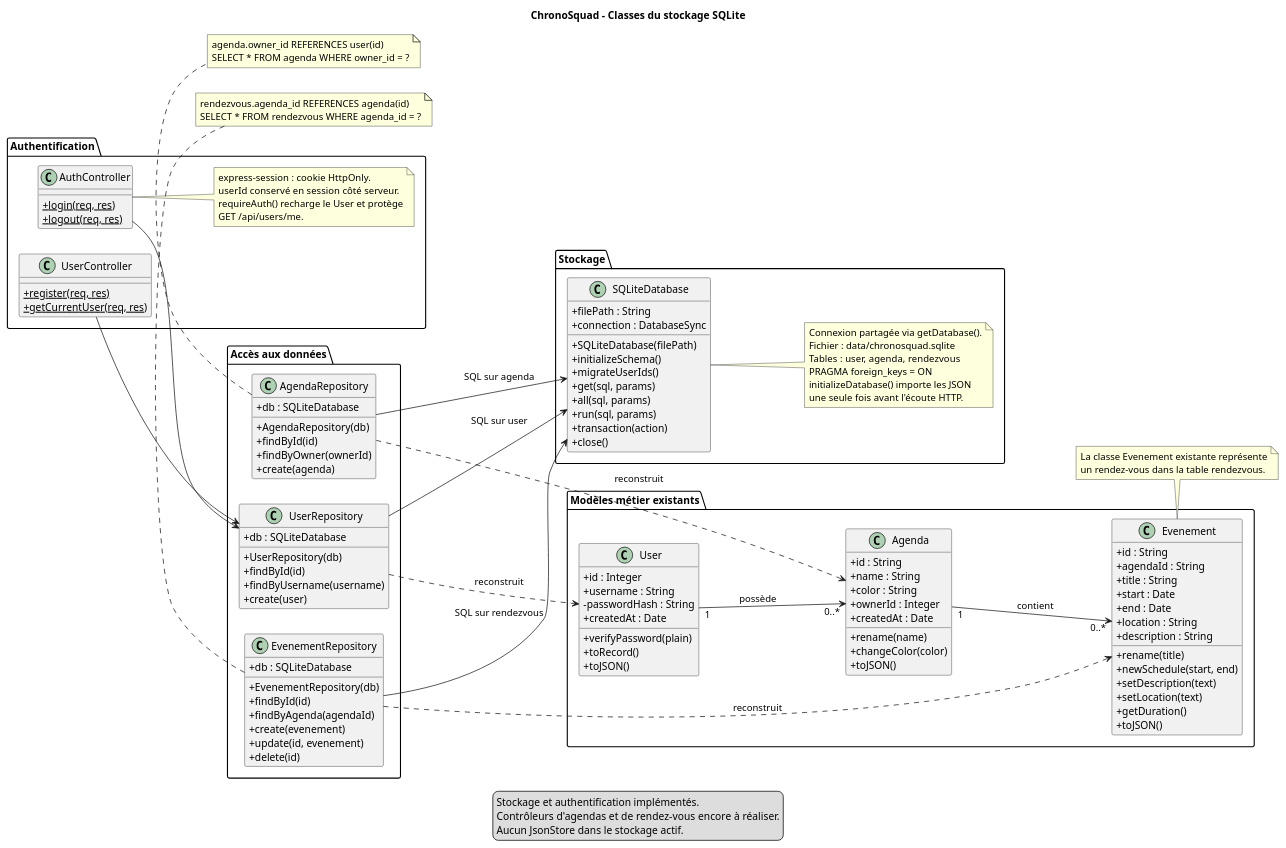
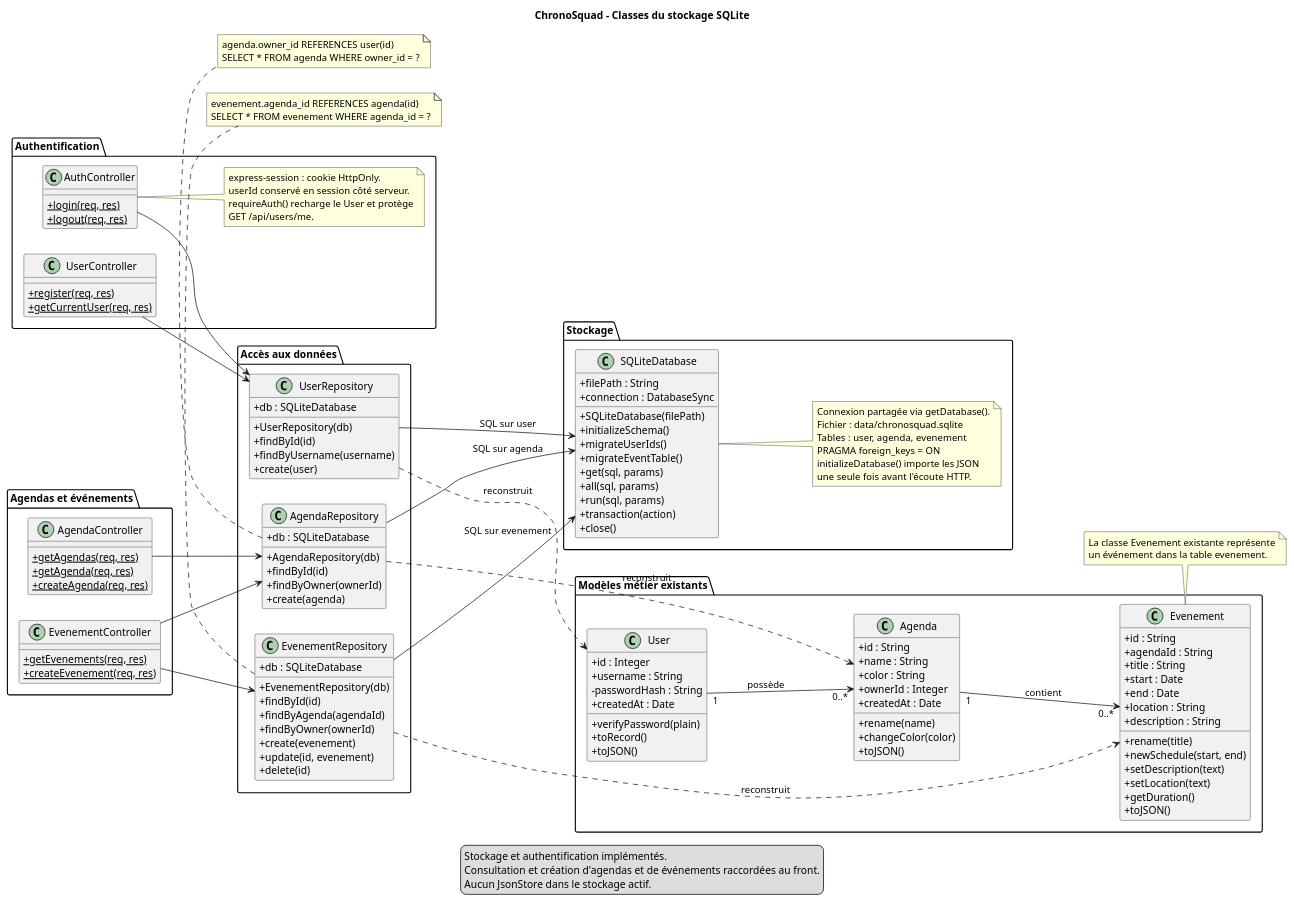
The diagram in docs/sprint0/classes-sqlite.puml (mbianytabs/ACL2026-ChronoSquad), drawn with PlantUML before and after one commit. The commit also changed 22 other files, not shown here.

Commit message:
raccordage du front à sqlite + debug création d'agenda

```diff
--- a/docs/sprint0/classes-sqlite.puml
+++ b/docs/sprint0/classes-sqlite.puml
@@ -1,136 +1,152 @@
 @startuml
 title ChronoSquad - Classes du stockage SQLite
 left to right direction
 skinparam classAttributeIconSize 0
 
 package "Modèles métier existants" {
     class User {
         +id : Integer
         +username : String
         -passwordHash : String
         +createdAt : Date
         +verifyPassword(plain)
         +toRecord()
         +toJSON()
     }
     class Agenda {
         +id : String
         +name : String
         +color : String
         +ownerId : Integer
         +createdAt : Date
         +rename(name)
         +changeColor(color)
         +toJSON()
     }
     class Evenement {
         +id : String
         +agendaId : String
         +title : String
         +start : Date
         +end : Date
         +location : String
         +description : String
         +rename(title)
         +newSchedule(start, end)
         +setDescription(text)
         +setLocation(text)
         +getDuration()
         +toJSON()
     }
 }
 
 package "Accès aux données" {
     class UserRepository {
         +db : SQLiteDatabase
         +UserRepository(db)
         +findById(id)
         +findByUsername(username)
         +create(user)
     }
     class AgendaRepository {
         +db : SQLiteDatabase
         +AgendaRepository(db)
         +findById(id)
         +findByOwner(ownerId)
         +create(agenda)
     }
     class EvenementRepository {
         +db : SQLiteDatabase
         +EvenementRepository(db)
         +findById(id)
         +findByAgenda(agendaId)
+        +findByOwner(ownerId)
         +create(evenement)
         +update(id, evenement)
         +delete(id)
     }
 }
 
 package "Stockage" {
     class SQLiteDatabase {
         +filePath : String
         +connection : DatabaseSync
         +SQLiteDatabase(filePath)
         +initializeSchema()
         +migrateUserIds()
+        +migrateEventTable()
         +get(sql, params)
         +all(sql, params)
         +run(sql, params)
         +transaction(action)
         +close()
     }
     note right of SQLiteDatabase
         Connexion partagée via getDatabase().
         Fichier : data/chronosquad.sqlite
-        Tables : user, agenda, rendezvous
+        Tables : user, agenda, evenement
         PRAGMA foreign_keys = ON
         initializeDatabase() importe les JSON
         une seule fois avant l'écoute HTTP.
     end note
 }
 
 package "Authentification" {
     class UserController {
         {static} +register(req, res)
         {static} +getCurrentUser(req, res)
     }
     class AuthController {
         {static} +login(req, res)
         {static} +logout(req, res)
     }
     note right of AuthController
         express-session : cookie HttpOnly.
         userId conservé en session côté serveur.
         requireAuth() recharge le User et protège
         GET /api/users/me.
     end note
 }
 UserController --> UserRepository
 AuthController --> UserRepository
+package "Agendas et événements" {
+    class AgendaController {
+        {static} +getAgendas(req, res)
+        {static} +getAgenda(req, res)
+        {static} +createAgenda(req, res)
+    }
+    class EvenementController {
+        {static} +getEvenements(req, res)
+        {static} +createEvenement(req, res)
+    }
+}
+AgendaController --> AgendaRepository
+EvenementController --> AgendaRepository
+EvenementController --> EvenementRepository
 User "1" --> "0..*" Agenda : possède
 Agenda "1" --> "0..*" Evenement : contient
 UserRepository --> SQLiteDatabase : SQL sur user
 AgendaRepository --> SQLiteDatabase : SQL sur agenda
-EvenementRepository --> SQLiteDatabase : SQL sur rendezvous
+EvenementRepository --> SQLiteDatabase : SQL sur evenement
 UserRepository ..> User : reconstruit
 AgendaRepository ..> Agenda : reconstruit
 EvenementRepository ..> Evenement : reconstruit
 
 note bottom of Evenement
     La classe Evenement existante représente
-    un rendez-vous dans la table rendezvous.
+    un événement dans la table evenement.
 end note
 note bottom of AgendaRepository
     agenda.owner_id REFERENCES user(id)
     SELECT * FROM agenda WHERE owner_id = ?
 end note
 note bottom of EvenementRepository
-    rendezvous.agenda_id REFERENCES agenda(id)
-    SELECT * FROM rendezvous WHERE agenda_id = ?
+    evenement.agenda_id REFERENCES agenda(id)
+    SELECT * FROM evenement WHERE agenda_id = ?
 end note
 legend bottom
     Stockage et authentification implémentés.
-    Contrôleurs d'agendas et de rendez-vous encore à réaliser.
+    Consultation et création d'agendas et de événements raccordées au front.
     Aucun JsonStore dans le stockage actif.
 endlegend
 @enduml
```
